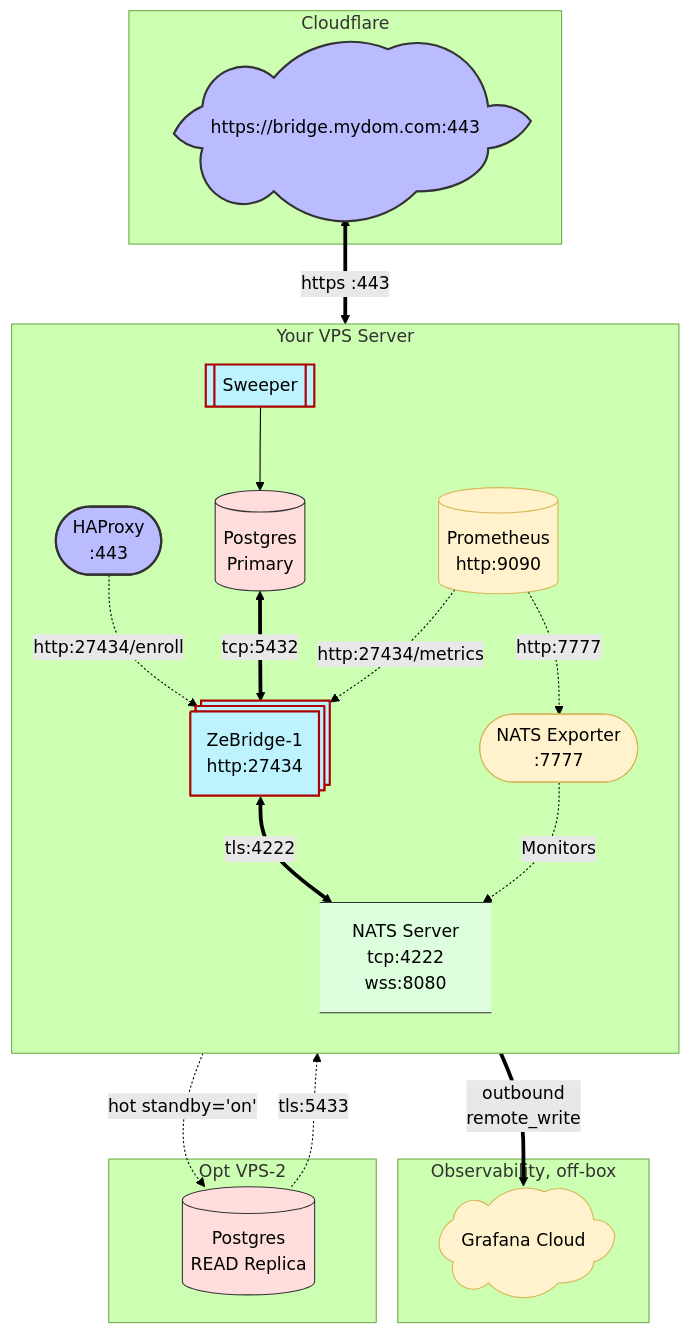
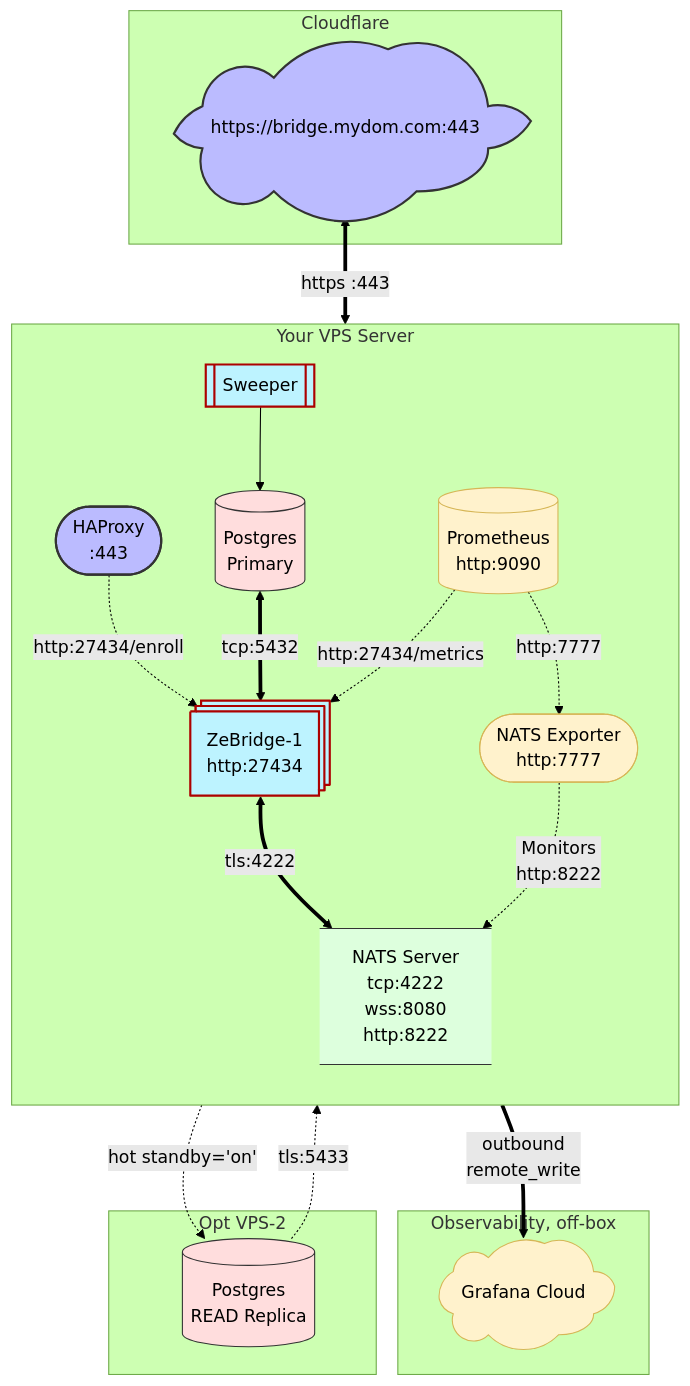
One commit to ndrean/ZeBridge changed the second of 3 diagrams in README.md. Above: the diagram before and after it, drawn with Mermaid (forest theme). The commit also changed other lines of this file and 133 other files, not shown here.

````diff
--- a/README.md
+++ b/README.md
@@ -255,57 +267,57 @@
 ```mermaid
 
 graph TD
     classDef external fill:#f9f,stroke:#333,stroke-width:2px;
     classDef proxy fill:#bbf,stroke:#333,stroke-width:2px;
     classDef internal fill:#dfd,stroke:#333,stroke-width:1px;
     classDef secure fill:#fdd,stroke:#333,stroke-width:1px;
     classDef telemetry fill:#fff2cc,stroke:#d6b656,stroke-width:1px;
     classDef bridge fill:#bdf3ff,stroke:#ac0100,stroke-width:2px;
     classDef maybe_external fill:#dfd,stroke:#333,stroke-width:2px,stroke-dasharray: 5 5;
 
     subgraph Edge [Cloudflare]
       CF([https://bridge.mydom.com:443]):::proxy
       CF@{ shape: cloud}
     end
 
     subgraph Obs [Observability, off-box]
       Grafana([Grafana Cloud]):::telemetry
       Grafana@{ shape: cloud}
     end
 
     subgraph VPS-2 [Opt VPS-2]
       PGREP[(Postgres<br>READ Replica)]:::secure
     end
 
 
     %% VPS Boundary
     subgraph VPS [Your VPS Server]
         direction TB
         
         HA([HAProxy<br>:443]):::proxy
         %% Internal Apps
         Prom[(Prometheus<br>http:9090)]:::telemetry
-        NatsExp([NATS Exporter<br>:7777]):::telemetry
+        NatsExp([NATS Exporter<br>http:7777]):::telemetry
         Bridge[[ZeBridge-1<br> http:27434]]:::bridge
         Bridge@{shape: st-rect}
         PG[(Postgres<br>Primary)]:::secure
-        NATS[NATS Server<br> tcp:4222 <br> wss:8080]:::internal
+        NATS[NATS Server<br> tcp:4222 <br> wss:8080<br> http:8222]:::internal
         NATS@{shape: data-store}
         
         %% TLS termination for the bridge's HTTP surface
         HA -.->|http:27434/enroll| Bridge
         
         Sweeper[[Sweeper]]:::bridge
     end
 
     PG -.->|hot standby='on'| PGREP
     CF <==> |https :443| HA
     Prom ==> |outbound<br>remote_write| Grafana
     PGREP -.->|tls:5433| Bridge
     PG <==> |tcp:5432| Bridge
     Bridge <==>|tls:4222| NATS
     Sweeper -->PG
     Prom -.->|http:7777| NatsExp
     Prom -.->|http:27434/metrics| Bridge
-    NatsExp -.->|Monitors| NATS
+    NatsExp -.->|Monitors<br> http:8222| NATS
 ```
````
